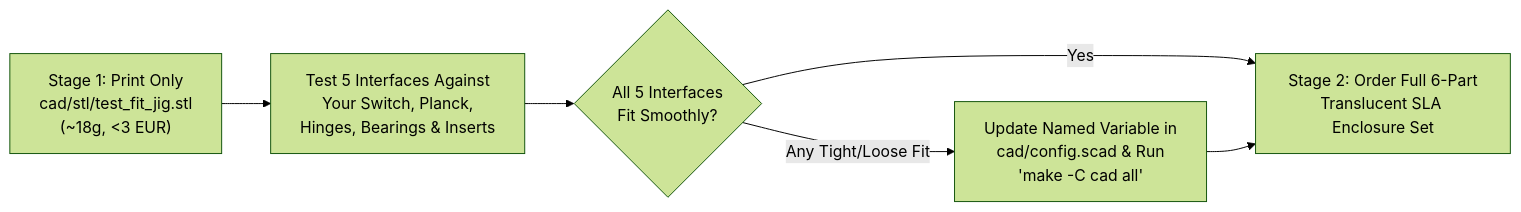
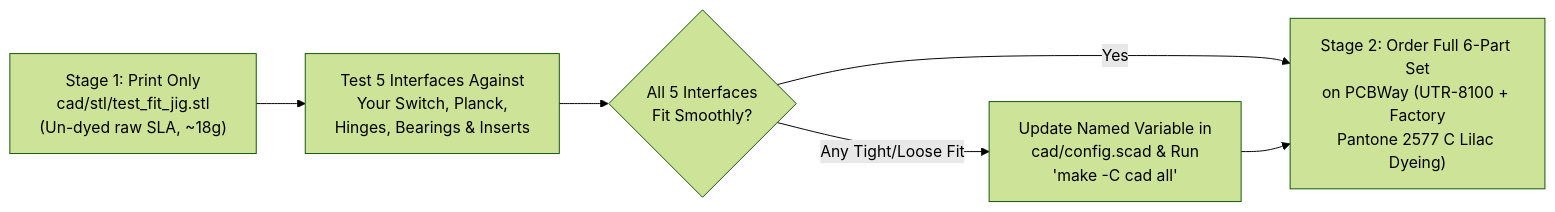
The diagram in docs/print-spec.md (JonasNowak/ns-conv), drawn with Mermaid (forest theme) before and after one commit. The commit also changed other lines of this file and 3 other files, not shown here.

Commit message:
docs(print-spec,bom): switch to 100% premade PCBWay factory-dyed translucent lilac with zero home dyeing

````diff
--- a/docs/print-spec.md
+++ b/docs/print-spec.md
@@ -11,8 +15,8 @@
 ```mermaid
 flowchart LR
-    S1["Stage 1: Print Only<br/>cad/stl/test_fit_jig.stl<br/>(~18g, <3 EUR)"] --> S2["Test 5 Interfaces Against<br/>Your Switch, Planck,<br/>Hinges, Bearings & Inserts"]
+    S1["Stage 1: Print Only<br/>cad/stl/test_fit_jig.stl<br/>(Un-dyed raw SLA, ~18g)"] --> S2["Test 5 Interfaces Against<br/>Your Switch, Planck,<br/>Hinges, Bearings & Inserts"]
     S2 --> DEC{"All 5 Interfaces<br/>Fit Smoothly?"}
-    DEC -- "Yes" --> S3["Stage 2: Order Full 6-Part<br/>Translucent SLA Enclosure Set"]
+    DEC -- "Yes" --> S3["Stage 2: Order Full 6-Part Set<br/>on PCBWay (UTR-8100 + Factory<br/>Pantone 2577 C Lilac Dyeing)"]
     DEC -- "Any Tight/Loose Fit" --> FIX["Update Named Variable in<br/>cad/config.scad & Run<br/>'make -C cad all'"]
     FIX --> S3
 ```
````
